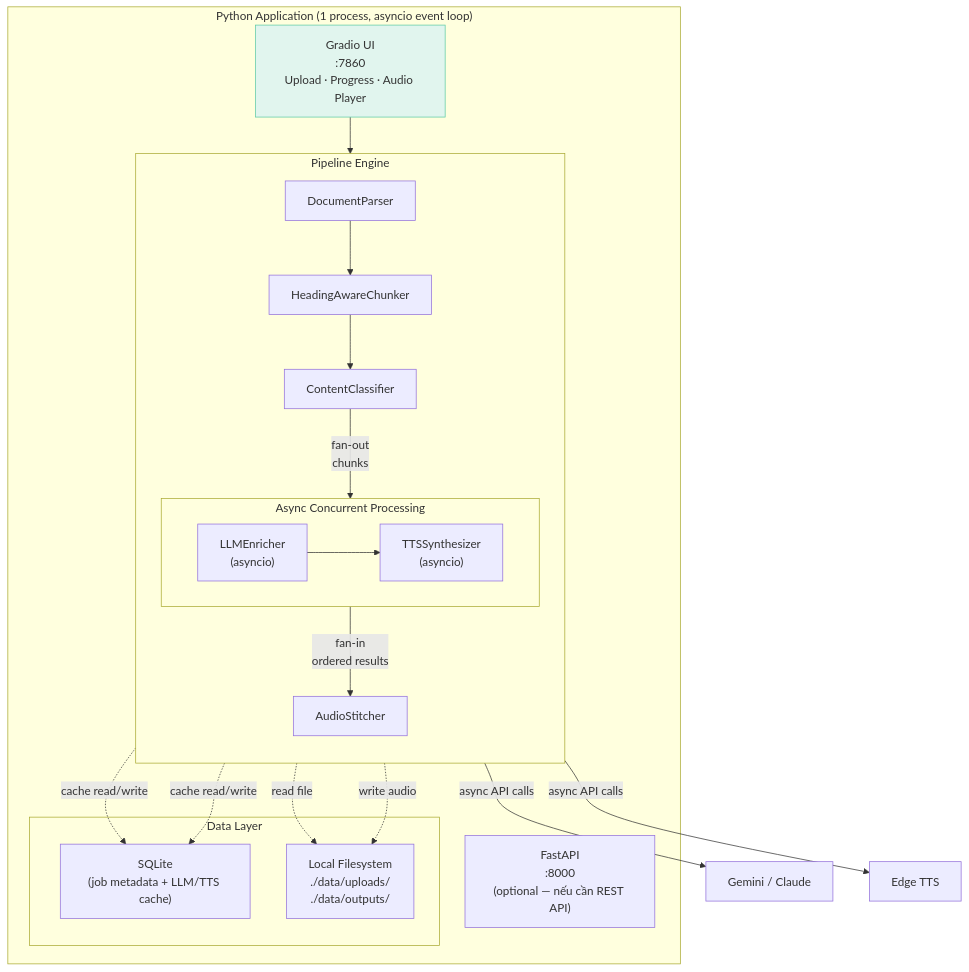
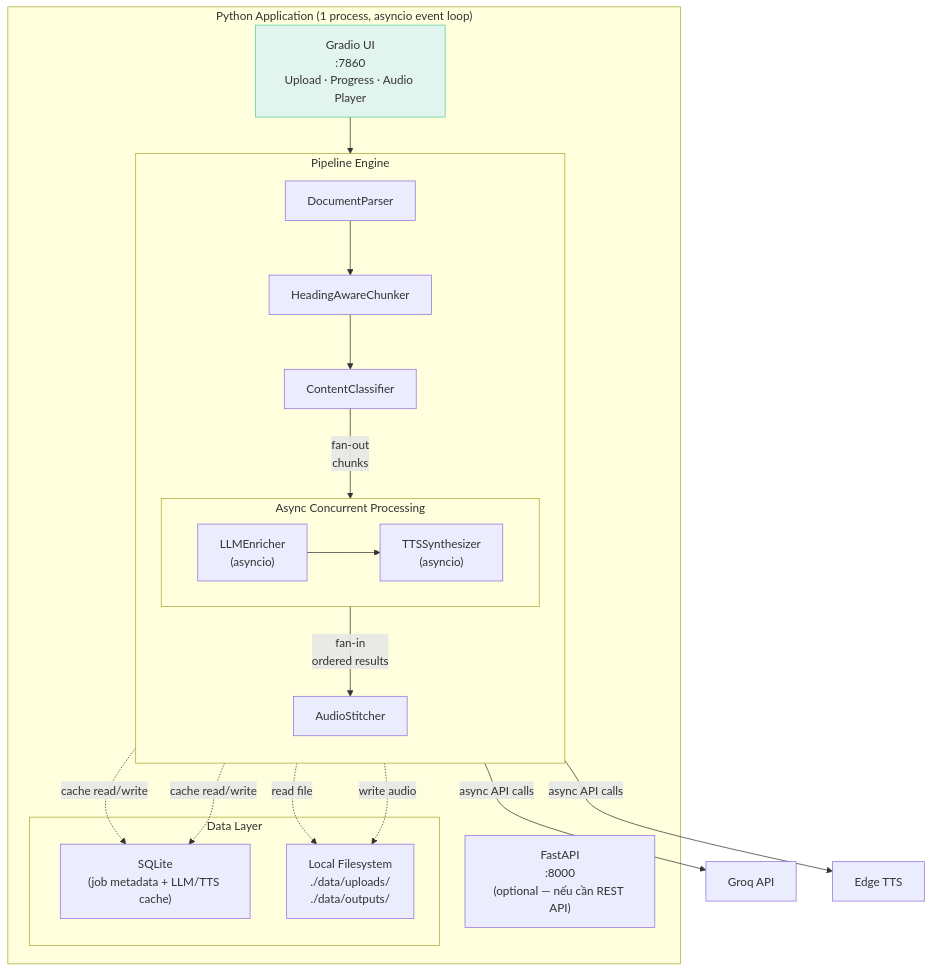
Before and after one commit to Learnheart/arxiv-to-speech: the second of 13 diagrams in architecture_init.md, drawn with Mermaid. The commit also changed other lines of this file and 25 other files, not shown here.

First line of the commit message:
Update architecture docs to Groq, add tests and improve parser/text_cleaner

````diff
--- a/architecture_init.md
+++ b/architecture_init.md
@@ -136,37 +134,37 @@
 ```mermaid
 graph TB
     subgraph "Python Application (1 process, asyncio event loop)"
         UI["Gradio UI\n:7860\nUpload · Progress · Audio Player"]
         API["FastAPI\n:8000\n(optional — nếu cần REST API)"]
 
         subgraph "Pipeline Engine"
             direction TB
             PP["DocumentParser"] --> CH["HeadingAwareChunker"]
             CH --> CL["ContentClassifier"]
 
             subgraph "Async Concurrent Processing"
                 direction LR
                 EN["LLMEnricher\n(asyncio)"]
                 TTS["TTSSynthesizer\n(asyncio)"]
                 EN --> TTS
             end
 
             CL -->|"fan-out\nchunks"| EN
             TTS -->|"fan-in\nordered results"| ST["AudioStitcher"]
         end
 
         subgraph "Data Layer"
             DB["SQLite\n(job metadata + LLM/TTS cache)"]
             FS["Local Filesystem\n./data/uploads/\n./data/outputs/"]
         end
     end
 
     UI --> PP
-    EN -->|"async API calls"| ExtLLM["Gemini / Claude"]
+    EN -->|"async API calls"| ExtLLM["Groq API"]
     TTS -->|"async API calls"| ExtTTS["Edge TTS"]
     EN & TTS -.->|"cache read/write"| DB
     PP -.->|"read file"| FS
     ST -.->|"write audio"| FS
 
     style UI fill:#E1F5EE,stroke:#5DCAA5
 ```
````
